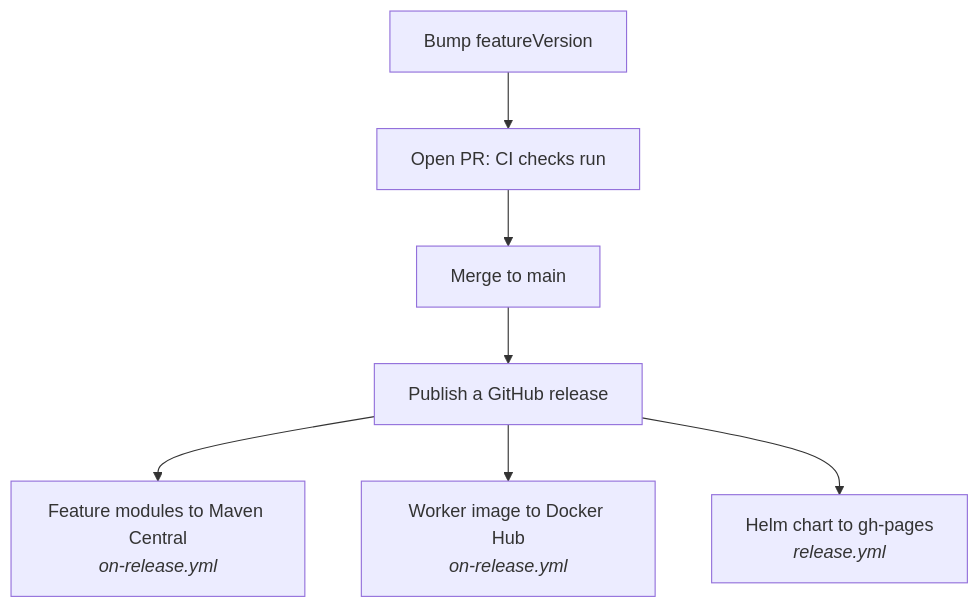
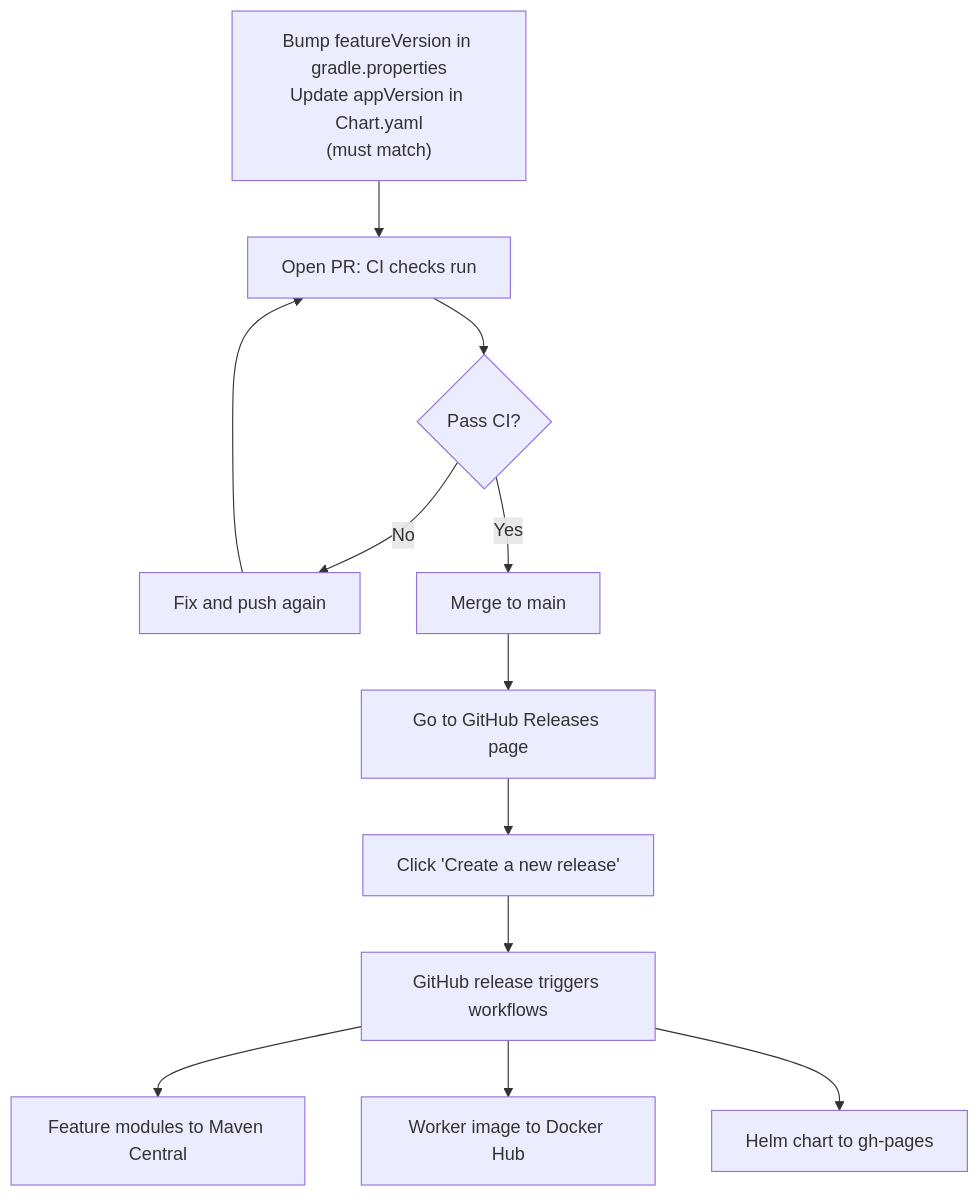
One commit to projectcontinuum-org/continuum-docs changed the diagram in docs/contributing/create-new-nodes/step-6-ship-it.md. Above: the diagram before and after it, drawn with Mermaid. The commit also changed other lines of this file and 5 other files, not shown here.

````diff
--- a/docs/contributing/create-new-nodes/step-6-ship-it.md
+++ b/docs/contributing/create-new-nodes/step-6-ship-it.md
@@ -18,7 +18,14 @@
 ```mermaid
 flowchart TB
-    A["Bump featureVersion"] --> B["Open PR: CI checks run"] --> D["Merge to main"] --> E["Publish a GitHub release"]
-    E --> F["Feature modules to Maven Central<br/><i>on-release.yml</i>"]
-    E --> G["Worker image to Docker Hub<br/><i>on-release.yml</i>"]
-    E --> H["Helm chart to gh-pages<br/><i>release.yml</i>"]
+    A["Bump featureVersion in gradle.properties<br/>Update appVersion in Chart.yaml<br/>(must match)"] --> B["Open PR: CI checks run"]
+    B --> C{Pass CI?}
+    C -->|No| D["Fix and push again"]
+    D --> B
+    C -->|Yes| E["Merge to main"]
+    E --> F["Go to GitHub Releases page"]
+    F --> G["Click 'Create a new release'"]
+    G --> H["GitHub release triggers workflows"]
+    H --> I["Feature modules to Maven Central"]
+    H --> J["Worker image to Docker Hub"]
+    H --> K["Helm chart to gh-pages"]
 ```
````
